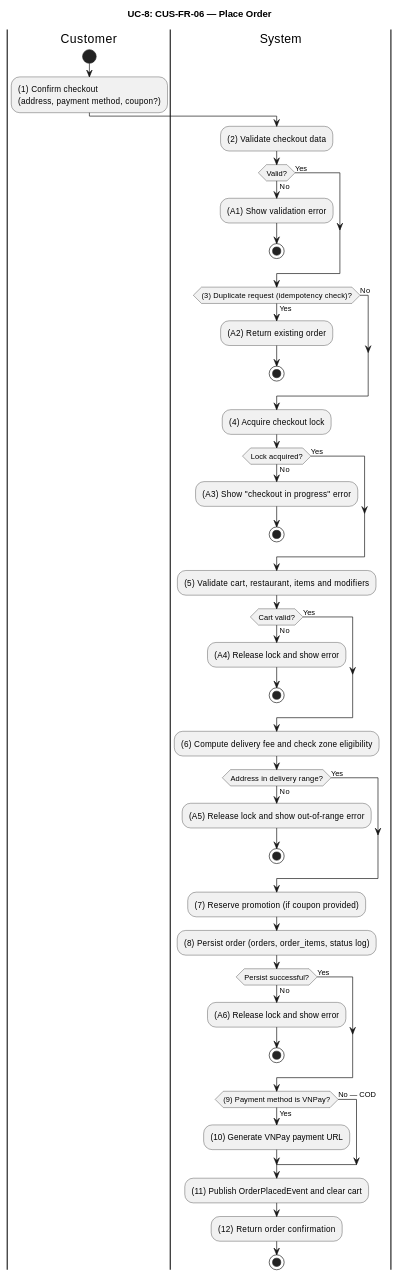
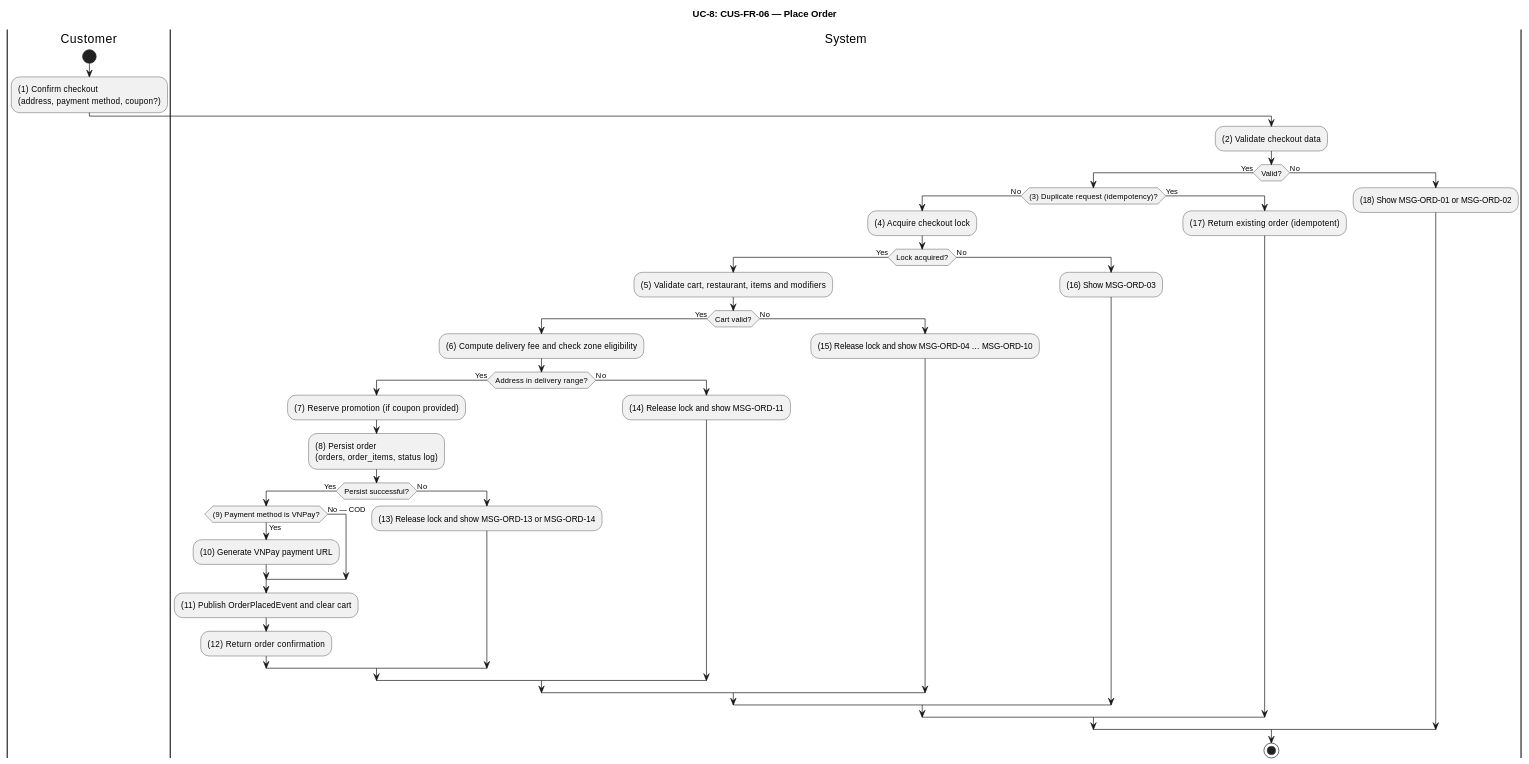
The eighth of 10 diagrams in apps/api/docs/Final_Documents/SRS_FoodDelivery.md (luubinhdeptrai/Food_Delivery), drawn with PlantUML before and after one commit. The commit also changed other lines of this file and 1 other file, not shown here.

````diff
--- a/apps/api/docs/Final_Documents/SRS_FoodDelivery.md
+++ b/apps/api/docs/Final_Documents/SRS_FoodDelivery.md
@@ -580,63 +609,49 @@
 ```plantuml
 @startuml UC8-Place-Order
 title UC-8: CUS-FR-06 — Place Order
 skinparam ConditionEndStyle hline
 
 |Customer|
 start
 :(1) Confirm checkout\n(address, payment method, coupon?);
 
 |System|
 :(2) Validate checkout data;
-if (Valid?) then (No)
-  :(A1) Show validation error;
-  stop
-else (Yes)
+if (Valid?) then (Yes)
+  if ((3) Duplicate request (idempotency)?) then (No)
+    :(4) Acquire checkout lock;
+    if (Lock acquired?) then (Yes)
+      :(5) Validate cart, restaurant, items and modifiers;
+      if (Cart valid?) then (Yes)
+        :(6) Compute delivery fee and check zone eligibility;
+        if (Address in delivery range?) then (Yes)
+          :(7) Reserve promotion (if coupon provided);
+          :(8) Persist order\n(orders, order_items, status log);
+          if (Persist successful?) then (Yes)
+            if ((9) Payment method is VNPay?) then (Yes)
+              :(10) Generate VNPay payment URL;
+            else (No — COD)
+            endif
+            :(11) Publish OrderPlacedEvent and clear cart;
+            :(12) Return order confirmation;
+          else (No)
+            :(13) Release lock and show MSG-ORD-13 or MSG-ORD-14;
+          endif
+        else (No)
+          :(14) Release lock and show MSG-ORD-11;
+        endif
+      else (No)
+        :(15) Release lock and show MSG-ORD-04 … MSG-ORD-10;
+      endif
+    else (No)
+      :(16) Show MSG-ORD-03;
+    endif
+  else (Yes)
+    :(17) Return existing order (idempotent);
+  endif
+else (No)
+  :(18) Show MSG-ORD-01 or MSG-ORD-02;
 endif
-
-if ((3) Duplicate request (idempotency check)?) then (Yes)
-  :(A2) Return existing order;
-  stop
-else (No)
-endif
-
-:(4) Acquire checkout lock;
-if (Lock acquired?) then (No)
-  :(A3) Show "checkout in progress" error;
-  stop
-else (Yes)
-endif
-
-:(5) Validate cart, restaurant, items and modifiers;
-if (Cart valid?) then (No)
-  :(A4) Release lock and show error;
-  stop
-else (Yes)
-endif
-
-:(6) Compute delivery fee and check zone eligibility;
-if (Address in delivery range?) then (No)
-  :(A5) Release lock and show out-of-range error;
-  stop
-else (Yes)
-endif
-
-:(7) Reserve promotion (if coupon provided);
-
-:(8) Persist order (orders, order_items, status log);
-if (Persist successful?) then (No)
-  :(A6) Release lock and show error;
-  stop
-else (Yes)
-endif
-
-if ((9) Payment method is VNPay?) then (Yes)
-  :(10) Generate VNPay payment URL;
-else (No — COD)
-endif
-
-:(11) Publish OrderPlacedEvent and clear cart;
-:(12) Return order confirmation;
 stop
 @enduml
 ```
````
